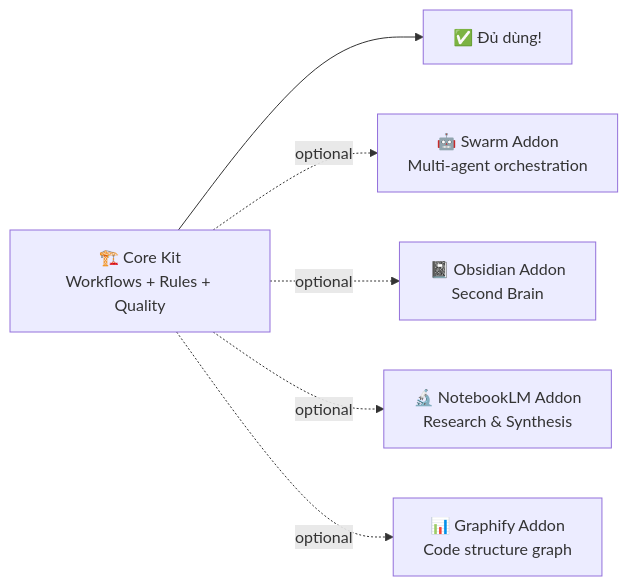
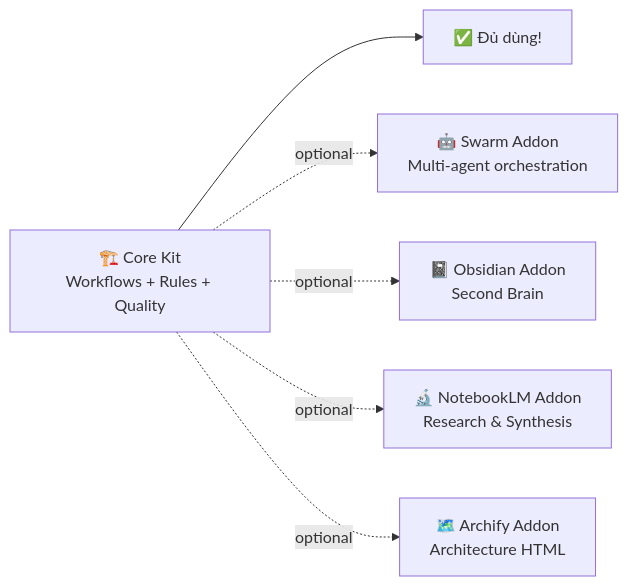
Before and after one commit to Sonleeee/Agent-Dev-Kit: the fifth of 6 diagrams in HowItWorks.md, drawn with Mermaid. The commit also changed other lines of this file and 59 other files, not shown here.

````diff
--- a/HowItWorks.md
+++ b/HowItWorks.md
@@ -246,9 +267,9 @@
 ```mermaid
 graph LR
     CORE["🏗️ Core Kit<br/>Workflows + Rules + Quality"] --> OK["✅ Đủ dùng!"]
   
     CORE -.->|optional| SW["🤖 Swarm Addon<br/>Multi-agent orchestration"]
     CORE -.->|optional| OB["📓 Obsidian Addon<br/>Second Brain"]
     CORE -.->|optional| NL["🔬 NotebookLM Addon<br/>Research & Synthesis"]
-    CORE -.->|optional| GR["📊 Graphify Addon<br/>Code structure graph"]
+    CORE -.->|optional| GR["🗺️ Archify Addon<br/>Architecture HTML"]
 ```
````
